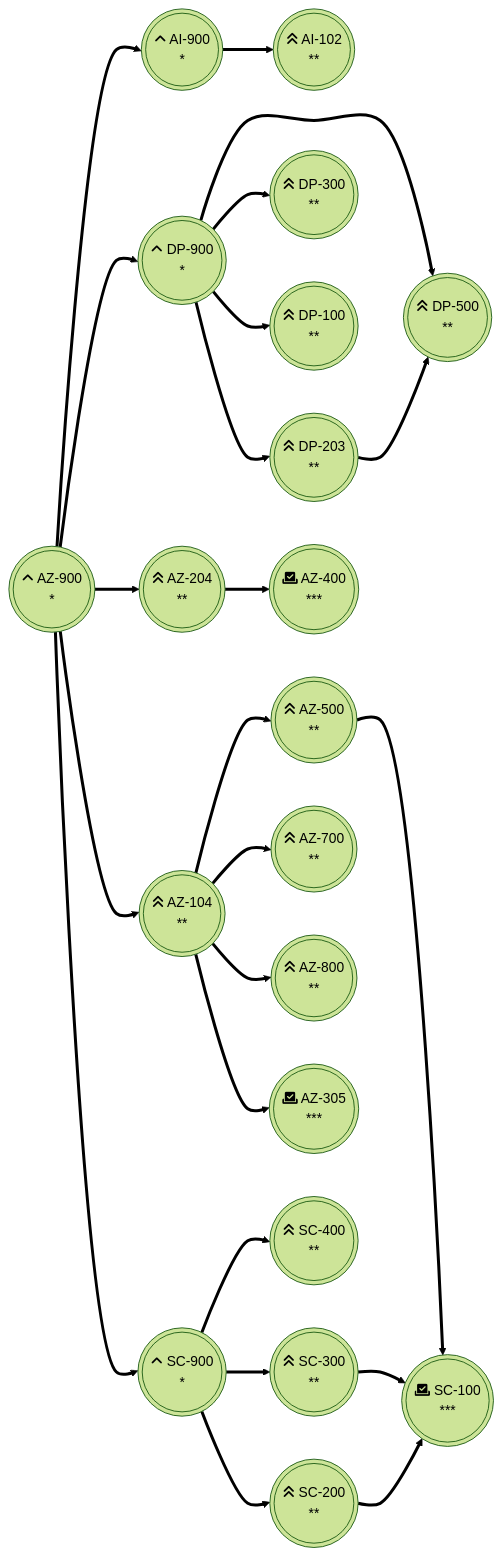
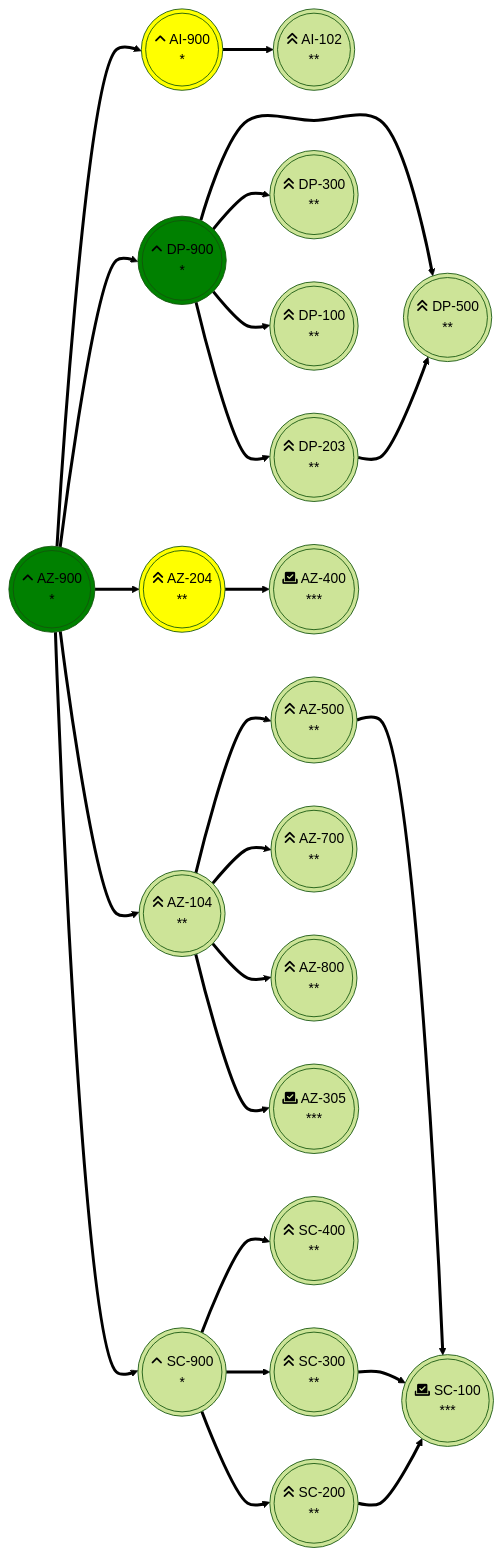
Before and after one commit to ankitech/Cloud-certification-guide: the diagram in README.md, drawn with Mermaid (forest theme).

````diff
--- a/README.md
+++ b/README.md
@@ -3,60 +3,68 @@
 ```mermaid
 %%{ init: { 'flowchart': { 'curve': 'catmullRom' } } }%%
 flowchart LR
 
     AZ900(((fa:fa-angle-up AZ-900\n*)))
+    style AZ900 fill:green
+
     AZ204(((fa:fa-angle-double-up AZ-204\n**)))
+    style AZ204 fill:yellow
+
     AZ104(((fa:fa-angle-double-up AZ-104\n**)))
     AZ500(((fa:fa-angle-double-up AZ-500\n**)))
     AZ700(((fa:fa-angle-double-up AZ-700\n**)))
     AZ800(((fa:fa-angle-double-up AZ-800\n**)))
     AZ305(((fa:fa-vote-yea AZ-305\n***)))
     AZ400(((fa:fa-vote-yea AZ-400\n***)))
 
     AI900(((fa:fa-angle-up AI-900\n*)))
+    style AI900 fill:yellow
+
     AI102(((fa:fa-angle-double-up AI-102\n**)))
 
     DP900(((fa:fa-angle-up DP-900\n*)))
+    style DP900 fill:green
+    
     DP100(((fa:fa-angle-double-up DP-100\n**)))
     DP203(((fa:fa-angle-double-up DP-203\n**)))
     DP300(((fa:fa-angle-double-up DP-300\n**)))
     DP500(((fa:fa-angle-double-up DP-500\n**)))
 
     SC900(((fa:fa-angle-up SC-900\n*)))
     SC200(((fa:fa-angle-double-up SC-200\n**)))
     SC300(((fa:fa-angle-double-up SC-300\n**)))
     SC400(((fa:fa-angle-double-up SC-400\n**)))
     SC100(((fa:fa-vote-yea SC-100\n***)))
 
     AZ900==>AI900
     AZ900==>DP900
     AZ900==>AZ204
     AZ900==>AZ104
     AZ900==>SC900
 
     AI900==>AI102
 
     DP900==>DP500
     DP900==>DP300
     DP900==>DP100
     DP900==>DP203
 
     DP203==>DP500
 
     SC900==>SC400
     SC900==>SC300
     SC900==>SC200
 
     AZ104==>AZ500
     AZ104==>AZ700
     AZ104==>AZ800
     AZ104==>AZ305
 
     AZ204==>AZ400
 
     AZ500==>SC100
 
     SC200==>SC100
 
     SC300==>SC100
 ```
````
